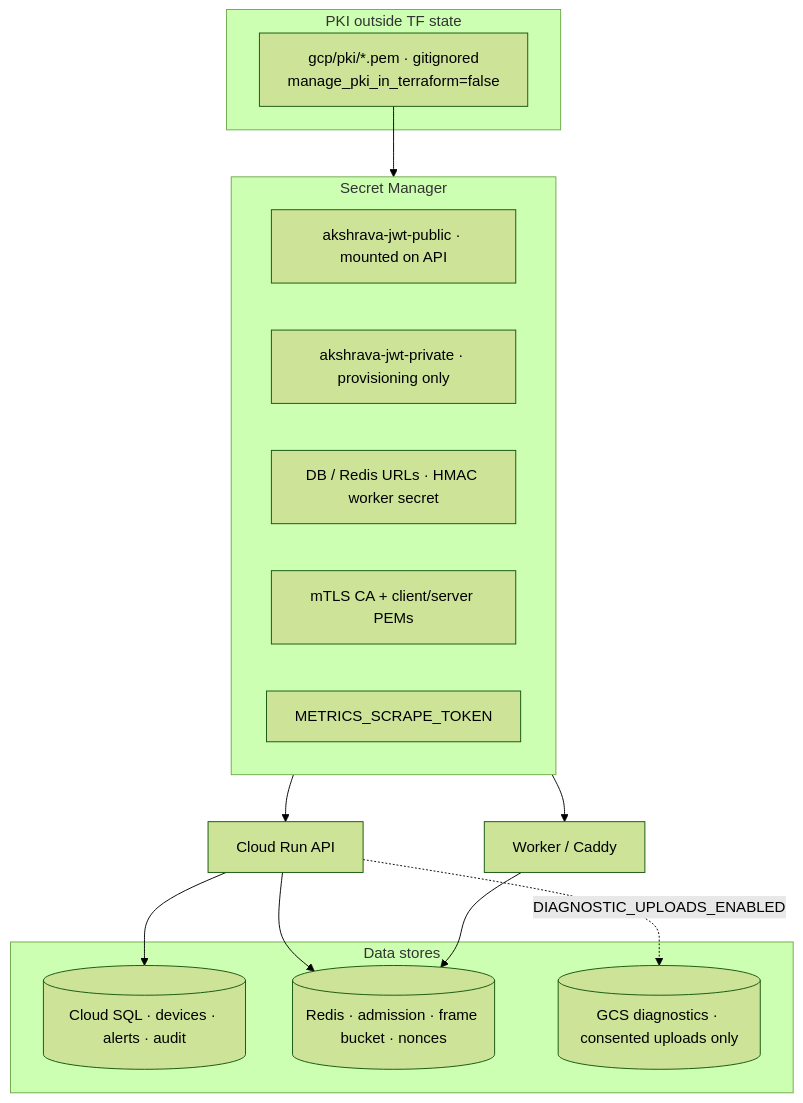
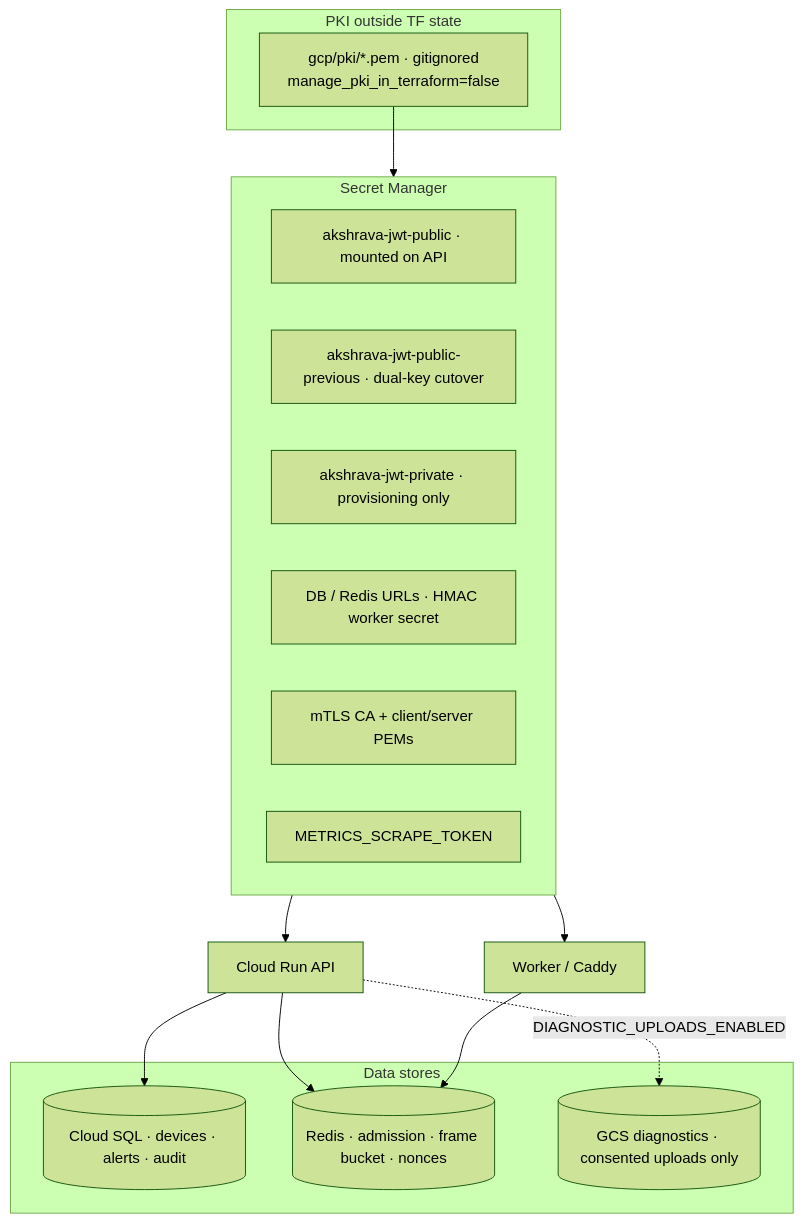
One commit to kethanva/akshrava changed the third of 4 diagrams in docs/OPERATIONS.md. Above: the diagram before and after it, drawn with Mermaid (forest theme). The commit also changed other lines of this file and 20 other files, not shown here.

Commit message:
Fixes including some rearchitecture and problems in App

````diff
--- a/docs/OPERATIONS.md
+++ b/docs/OPERATIONS.md
@@ -76,28 +76,29 @@
 ```mermaid
 flowchart TB
   subgraph Secrets["Secret Manager"]
     S1["akshrava-jwt-public · mounted on API"]
+    S1b["akshrava-jwt-public-previous · dual-key cutover"]
     S2["akshrava-jwt-private · provisioning only"]
     S3["DB / Redis URLs · HMAC worker secret"]
     S4["mTLS CA + client/server PEMs"]
     S5["METRICS_SCRAPE_TOKEN"]
   end
 
   subgraph Stores["Data stores"]
     SQL[("Cloud SQL · devices · alerts · audit")]
     Redis[("Redis · admission · frame bucket · nonces")]
     GCS[("GCS diagnostics · consented uploads only")]
   end
 
   subgraph PKI["PKI outside TF state"]
     PEMs["gcp/pki/*.pem · gitignored<br/>manage_pki_in_terraform=false"]
   end
 
   PEMs --> Secrets
   Secrets --> API["Cloud Run API"]
   Secrets --> Worker["Worker / Caddy"]
   API --> SQL
   API --> Redis
   Worker --> Redis
   API -.->|"DIAGNOSTIC_UPLOADS_ENABLED"| GCS
 ```
````
